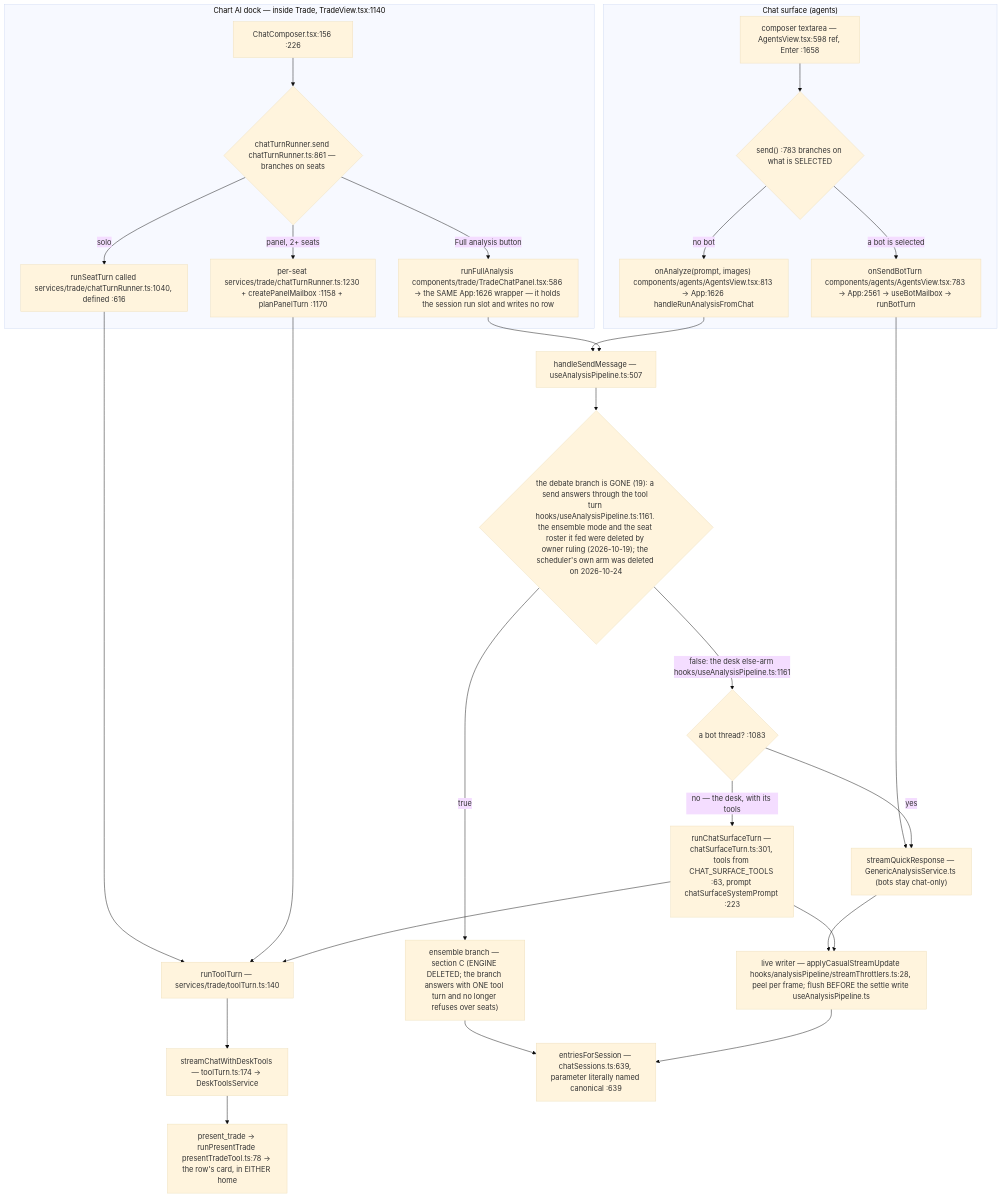
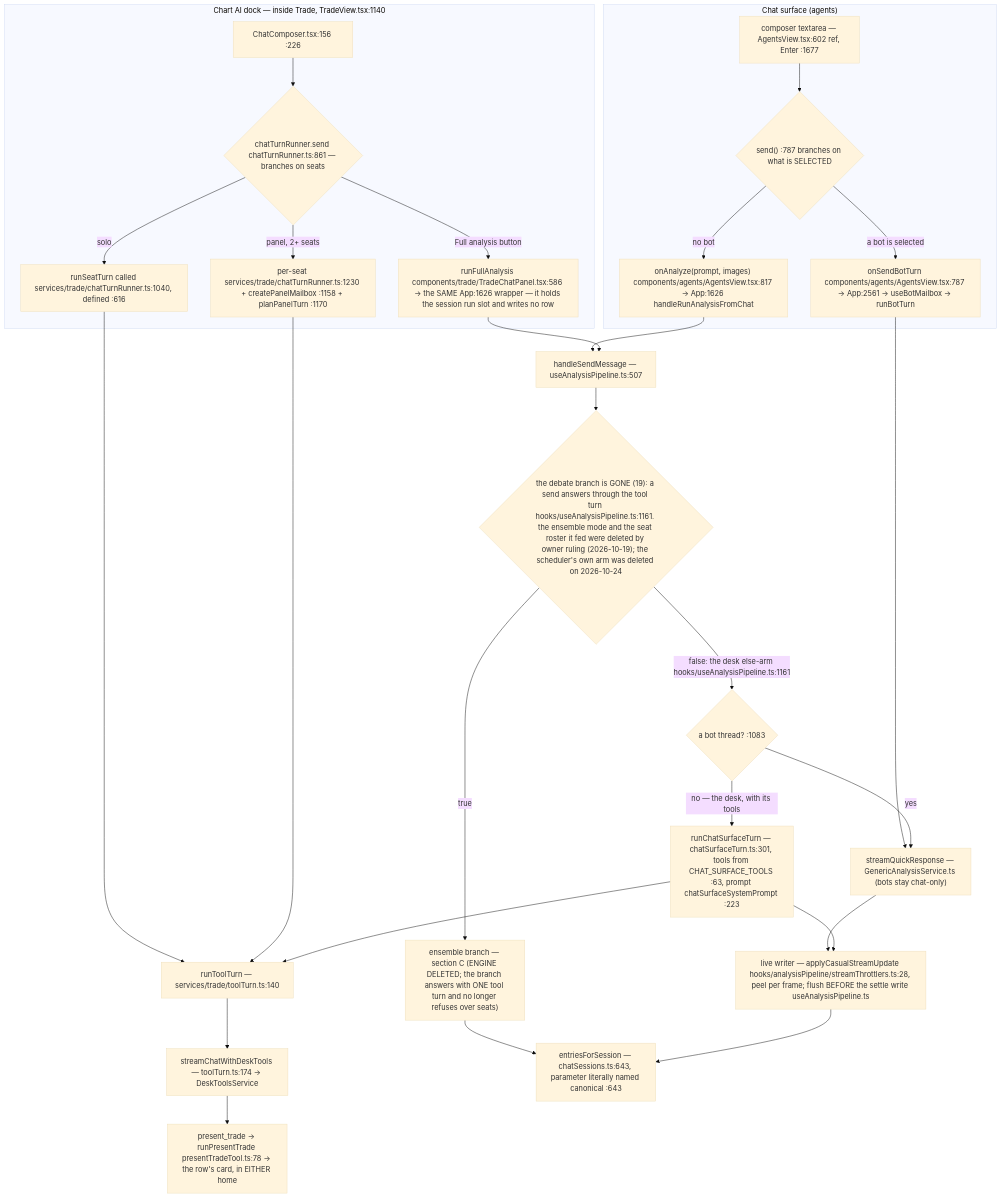
One commit to Acepay25/august-3.5 changed the second of 8 diagrams in docs/app-flow.md. Above: the diagram before and after it, drawn with Mermaid (base theme). The commit also changed other lines of this file and 13 other files, not shown here.

````diff
--- a/docs/app-flow.md
+++ b/docs/app-flow.md
@@ -78,31 +78,31 @@
 ```mermaid
 flowchart TD
     subgraph CHAT["Chat surface (agents)"]
-        CB["composer textarea — AgentsView.tsx:598 ref, Enter :1658"] --> D1{"send() :783 branches on what is SELECTED"}
-        D1 -->|a bot is selected| BOT["onSendBotTurn components/agents/AgentsView.tsx:783 → App:2561 → useBotMailbox → runBotTurn"]
-        D1 -->|no bot| AN["onAnalyze(prompt, images) components/agents/AgentsView.tsx:813 → App:1626 handleRunAnalysisFromChat"]
+        CB["composer textarea — AgentsView.tsx:602 ref, Enter :1677"] --> D1{"send() :787 branches on what is SELECTED"}
+        D1 -->|a bot is selected| BOT["onSendBotTurn components/agents/AgentsView.tsx:787 → App:2561 → useBotMailbox → runBotTurn"]
+        D1 -->|no bot| AN["onAnalyze(prompt, images) components/agents/AgentsView.tsx:817 → App:1626 handleRunAnalysisFromChat"]
     end
     subgraph DOCK["Chart AI dock — inside Trade, TradeView.tsx:1140"]
         DC["ChatComposer.tsx:156 :226"] --> D2{"chatTurnRunner.send chatTurnRunner.ts:861 — branches on seats"}
         D2 -->|solo| SO["runSeatTurn called services/trade/chatTurnRunner.ts:1040, defined :616"]
         D2 -->|panel, 2+ seats| PN["per-seat services/trade/chatTurnRunner.ts:1230 + createPanelMailbox :1158 + planPanelTurn :1170"]
         D2 -->|Full analysis button| FA["runFullAnalysis components/trade/TradeChatPanel.tsx:586 → the SAME App:1626 wrapper — it holds the session run slot and writes no row"]
     end
     SO --> TT["runToolTurn — services/trade/toolTurn.ts:140"]
     PN --> TT
     TT --> SCDT["streamChatWithDeskTools — toolTurn.ts:174 → DeskToolsService"]
     BOT --> TR["streamQuickResponse — GenericAnalysisService.ts (bots stay chat-only)"]
     AN --> HSM["handleSendMessage — useAnalysisPipeline.ts:507"]
     FA --> HSM
     HSM --> D3{"the debate branch is GONE (19): a send answers through the tool turn hooks/useAnalysisPipeline.ts:1161. the ensemble mode and the seat roster it fed were deleted by owner ruling (2026-10-19); the scheduler's own arm was deleted on 2026-10-24"}
     D3 -->|true| ENS["ensemble branch — section C (ENGINE DELETED; the branch answers with ONE tool turn and no longer refuses over seats)"]
     D3 -->|false: the desk else-arm hooks/useAnalysisPipeline.ts:1161| SPLIT{"a bot thread? :1083"}
     SPLIT -->|yes| TR
     SPLIT -->|no — the desk, with its tools| CST["runChatSurfaceTurn — chatSurfaceTurn.ts:301, tools from CHAT_SURFACE_TOOLS :63, prompt chatSurfaceSystemPrompt :223"]
     CST --> TT
     TR --> LW["live writer — applyCasualStreamUpdate hooks/analysisPipeline/streamThrottlers.ts:28, peel per frame; flush BEFORE the settle write useAnalysisPipeline.ts"]
     CST --> LW
     ENS --> MERGE
-    LW --> MERGE["entriesForSession — chatSessions.ts:639, parameter literally named canonical :639"]
+    LW --> MERGE["entriesForSession — chatSessions.ts:643, parameter literally named canonical :643"]
     SCDT --> PT["present_trade → runPresentTrade presentTradeTool.ts:78 → the row's card, in EITHER home"]
 ```
````
